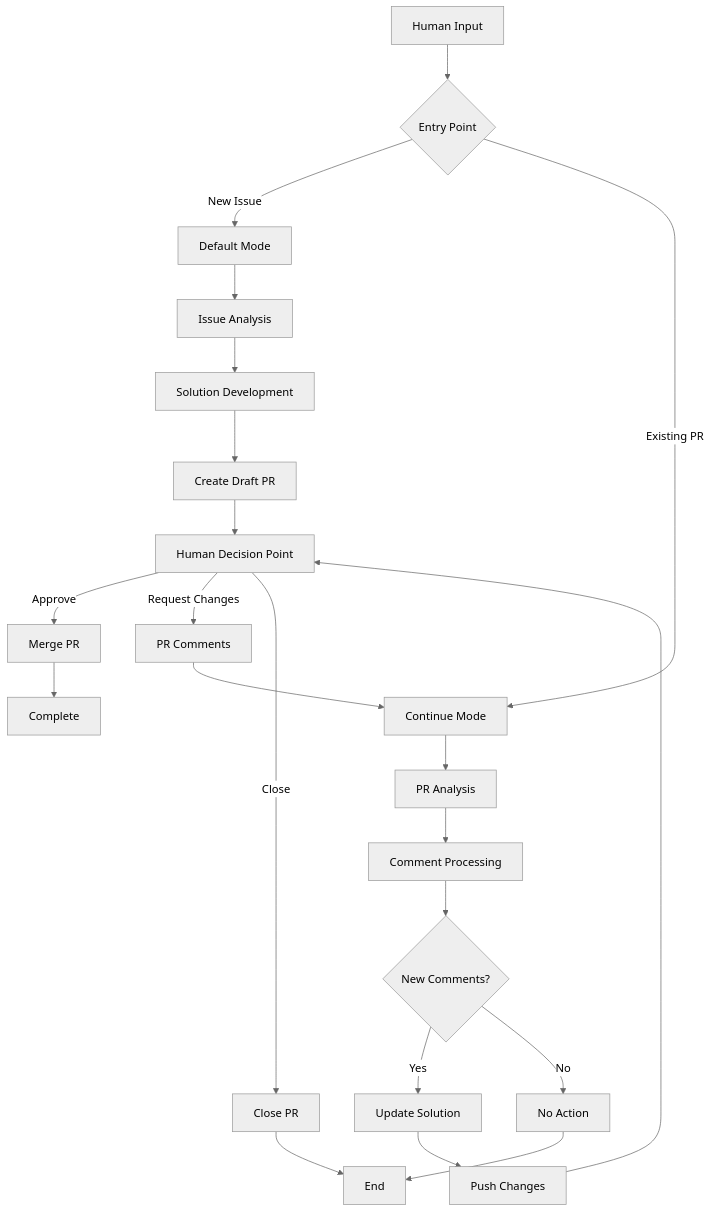
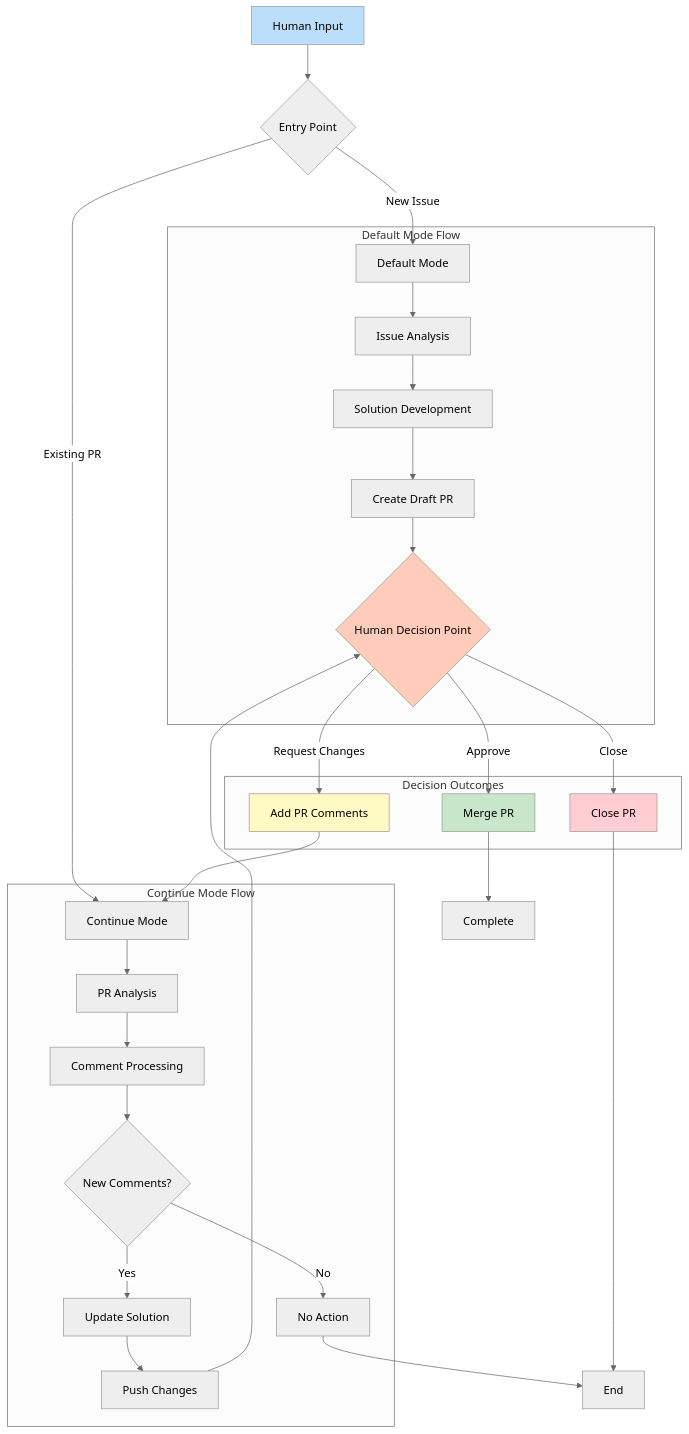
One commit to PeterMotorniy/auto-programmer changed the second of 6 diagrams in flow.md. Above: the diagram before and after it, drawn with Mermaid (neutral theme). The commit also changed other lines of this file, not shown here.

First line of the commit message:
Enhance flow.md with comprehensive data flow documentation

````diff
--- a/flow.md
+++ b/flow.md
@@ -14,27 +98,40 @@
 ```mermaid
 graph TD
     A[Human Input] --> B{Entry Point}
     B -->|New Issue| C[Default Mode]
     B -->|Existing PR| D[Continue Mode]
 
-    C --> E[Issue Analysis]
-    E --> F[Solution Development]
-    F --> G[Create Draft PR]
-    G --> H[Human Decision Point]
-    H -->|Approve| I[Merge PR]
-    H -->|Request Changes| J[PR Comments]
-    H -->|Close| K[Close PR]
+    subgraph "Default Mode Flow"
+        C --> E[Issue Analysis]
+        E --> F[Solution Development]
+        F --> G[Create Draft PR]
+        G --> H{Human Decision Point}
+    end
 
-    D --> L[PR Analysis]
-    L --> M[Comment Processing]
-    M --> N{New Comments?}
-    N -->|Yes| O[Update Solution]
-    N -->|No| P[No Action]
-    O --> Q[Push Changes]
+    subgraph "Continue Mode Flow"
+        D --> L[PR Analysis]
+        L --> M[Comment Processing]
+        M --> N{New Comments?}
+        N -->|Yes| O[Update Solution]
+        N -->|No| P[No Action]
+        O --> Q[Push Changes]
+    end
+
+    subgraph "Decision Outcomes"
+        H -->|Approve| I[Merge PR]
+        H -->|Request Changes| J[Add PR Comments]
+        H -->|Close| K[Close PR]
+    end
+
     Q --> H
-
     J --> D
     I --> R[Complete]
     K --> S[End]
     P --> S
+
+    style A fill:#bbdefb
+    style H fill:#ffccbc
+    style J fill:#fff9c4
+    style I fill:#c8e6c9
+    style K fill:#ffcdd2
 ```
````
